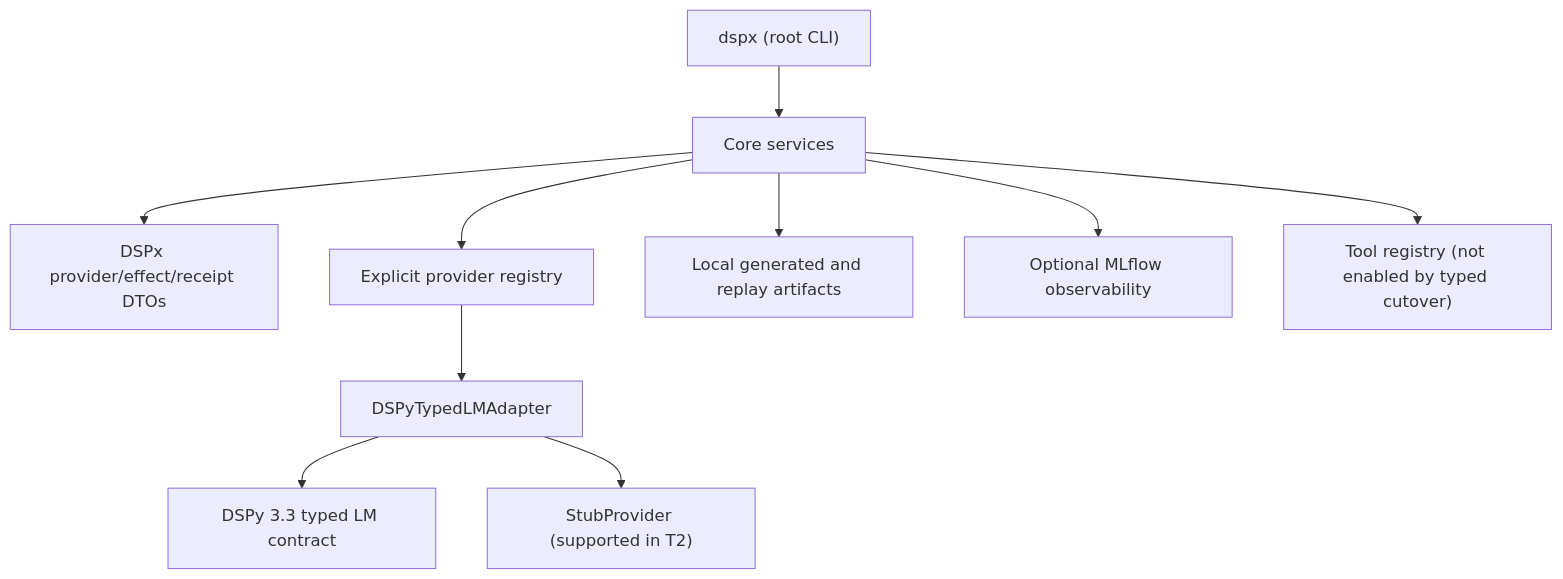
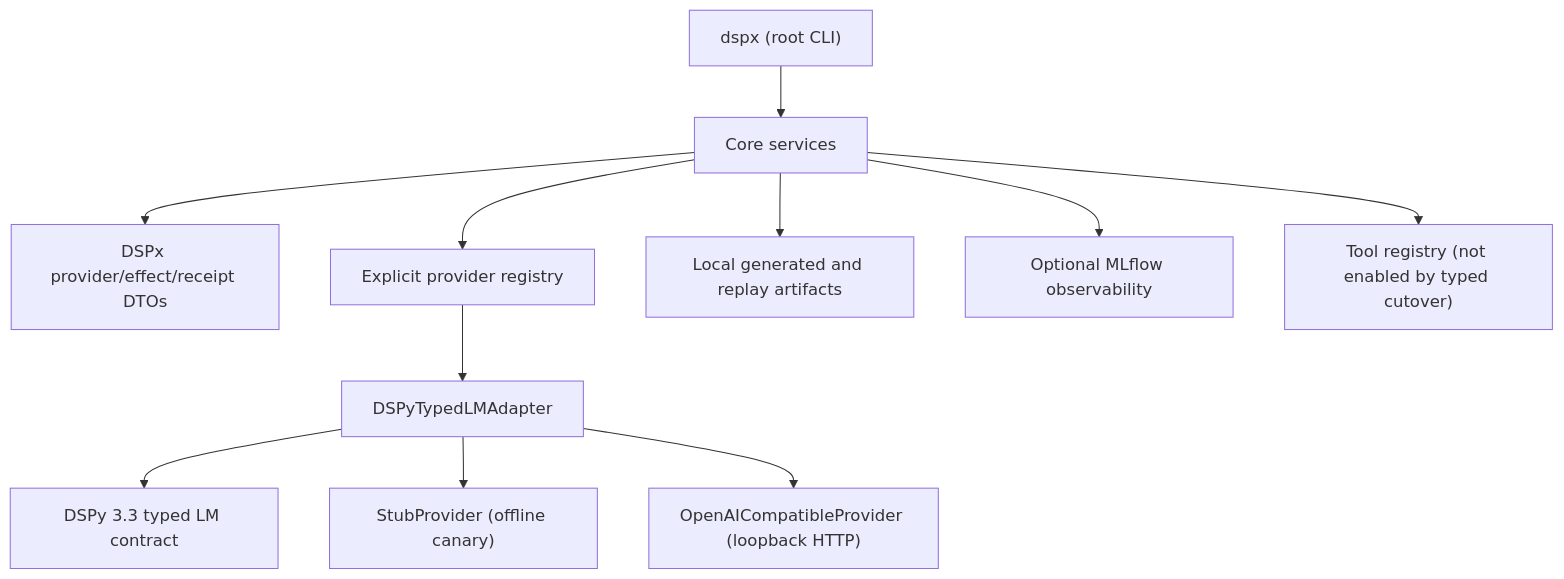
One commit to tryingET/dspx changed the first of 6 diagrams in docs/ARCHITECTURE.md. Above: the diagram before and after it, drawn with Mermaid. The commit also changed other lines of this file and 30 other files, not shown here.

Commit message:
feat(provider): restore typed loopback HTTP provider

````diff
--- a/docs/ARCHITECTURE.md
+++ b/docs/ARCHITECTURE.md
@@ -16,12 +16,13 @@
 ```mermaid
 graph TD
   DSPX["dspx (root CLI)"] --> Services["Core services"]
   Services --> DTOs["DSPx provider/effect/receipt DTOs"]
   Services --> Registry["Explicit provider registry"]
   Registry --> Adapter["DSPyTypedLMAdapter"]
   Adapter --> DSPy["DSPy 3.3 typed LM contract"]
-  Adapter --> Stub["StubProvider (supported in T2)"]
+  Adapter --> Stub["StubProvider (offline canary)"]
+  Adapter --> LocalHTTP["OpenAICompatibleProvider (loopback HTTP)"]
   Services --> Artifacts["Local generated and replay artifacts"]
   Services --> Tracing["Optional MLflow observability"]
   Services --> ToolRegistry["Tool registry (not enabled by typed cutover)"]
 ```
````
